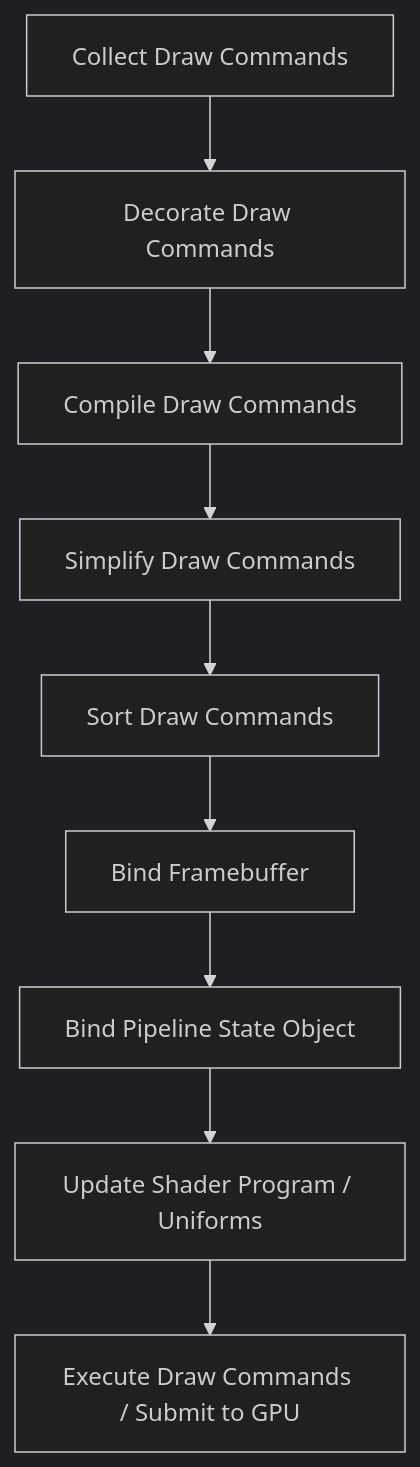
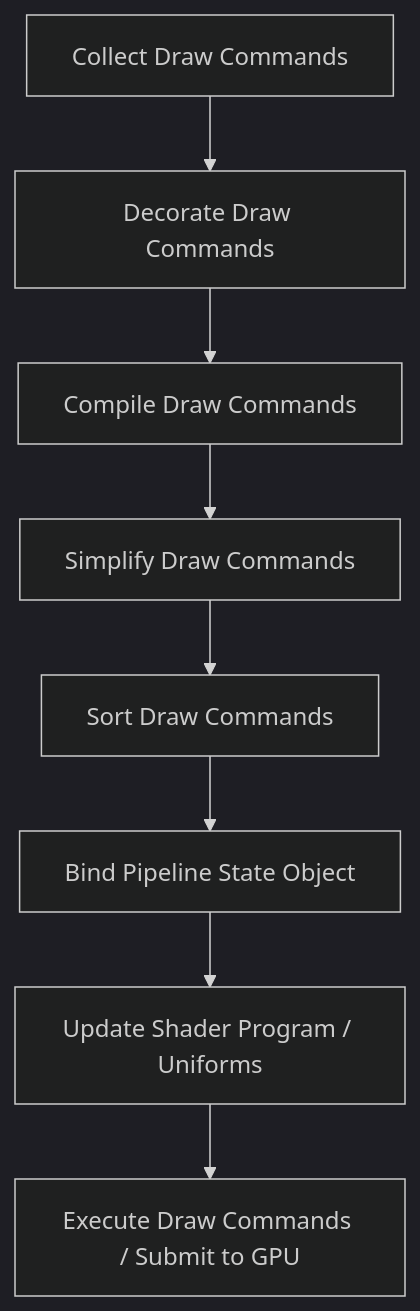
The first of 3 diagrams in ENGINE_OVERVIEW.md (CleanroomMC/Cleanroom), drawn with Mermaid (dark theme) before and after one commit. The commit also changed other lines of this file and 16 other files, not shown here.

````diff
--- a/ENGINE_OVERVIEW.md
+++ b/ENGINE_OVERVIEW.md
@@ -298,11 +298,10 @@
 ```mermaid
 graph TD
     A[Collect Draw Commands] --> B[Decorate Draw Commands]
     B --> C[Compile Draw Commands]
     C --> D[Simplify Draw Commands]
     D --> E[Sort Draw Commands]
-    E --> F[Bind Framebuffer]
-    F --> G[Bind Pipeline State Object]
+    E --> G[Bind Pipeline State Object]
     G --> H[Update Shader Program / Uniforms]
     H --> I[Execute Draw Commands / Submit to GPU]
 ```
````
